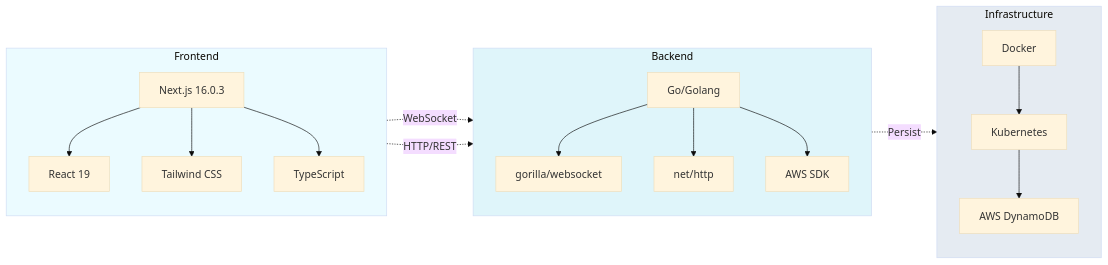
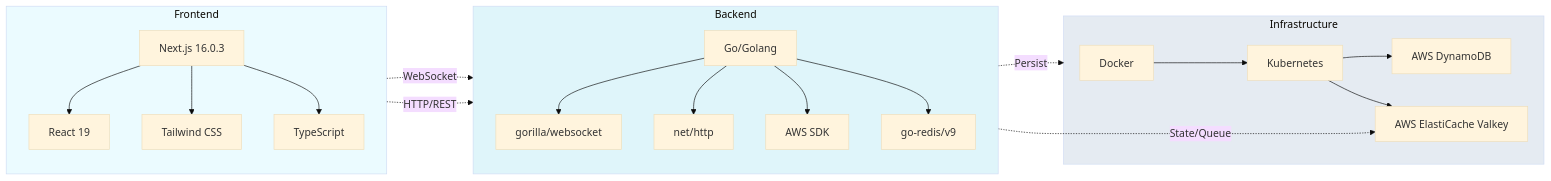
Before and after one commit to mauricedolibois/overcookied: the ninth of 13 diagrams in docs/architecture/ARCHITECTURE_DIAGRAM.md, drawn with Mermaid (base theme). The commit also changed other lines of this file and 5 other files, not shown here.

````diff
--- a/docs/architecture/ARCHITECTURE_DIAGRAM.md
+++ b/docs/architecture/ARCHITECTURE_DIAGRAM.md
@@ -273,41 +342,47 @@
 ```mermaid
 graph LR
     subgraph Frontend
         NextJS[Next.js 16.0.3]
         React[React 19]
         Tailwind[Tailwind CSS]
         TS[TypeScript]
         
         NextJS --> React
         NextJS --> Tailwind
         NextJS --> TS
     end
 
     subgraph Backend
         Go[Go/Golang]
         Gorilla[gorilla/websocket]
         NetHTTP[net/http]
         AWSSDK[AWS SDK]
+        GoRedis[go-redis/v9]
         
         Go --> Gorilla
         Go --> NetHTTP
         Go --> AWSSDK
+        Go --> GoRedis
     end
 
     subgraph Infrastructure
         Docker[Docker]
         K8s[Kubernetes]
         AWS[AWS DynamoDB]
+        Valkey[AWS ElastiCache Valkey]
+        Valkey[AWS ElastiCache Valkey]
         
         Docker --> K8s
         K8s --> AWS
+        K8s --> Valkey
     end
 
     Frontend -.->|WebSocket| Backend
     Frontend -.->|HTTP/REST| Backend
     Backend -.->|Persist| Infrastructure
+    Backend -.->|State/Queue| Valkey
 
     style Frontend fill:#61dafb20
     style Backend fill:#00add820
     style Infrastructure fill:#32629620
 ```
````
